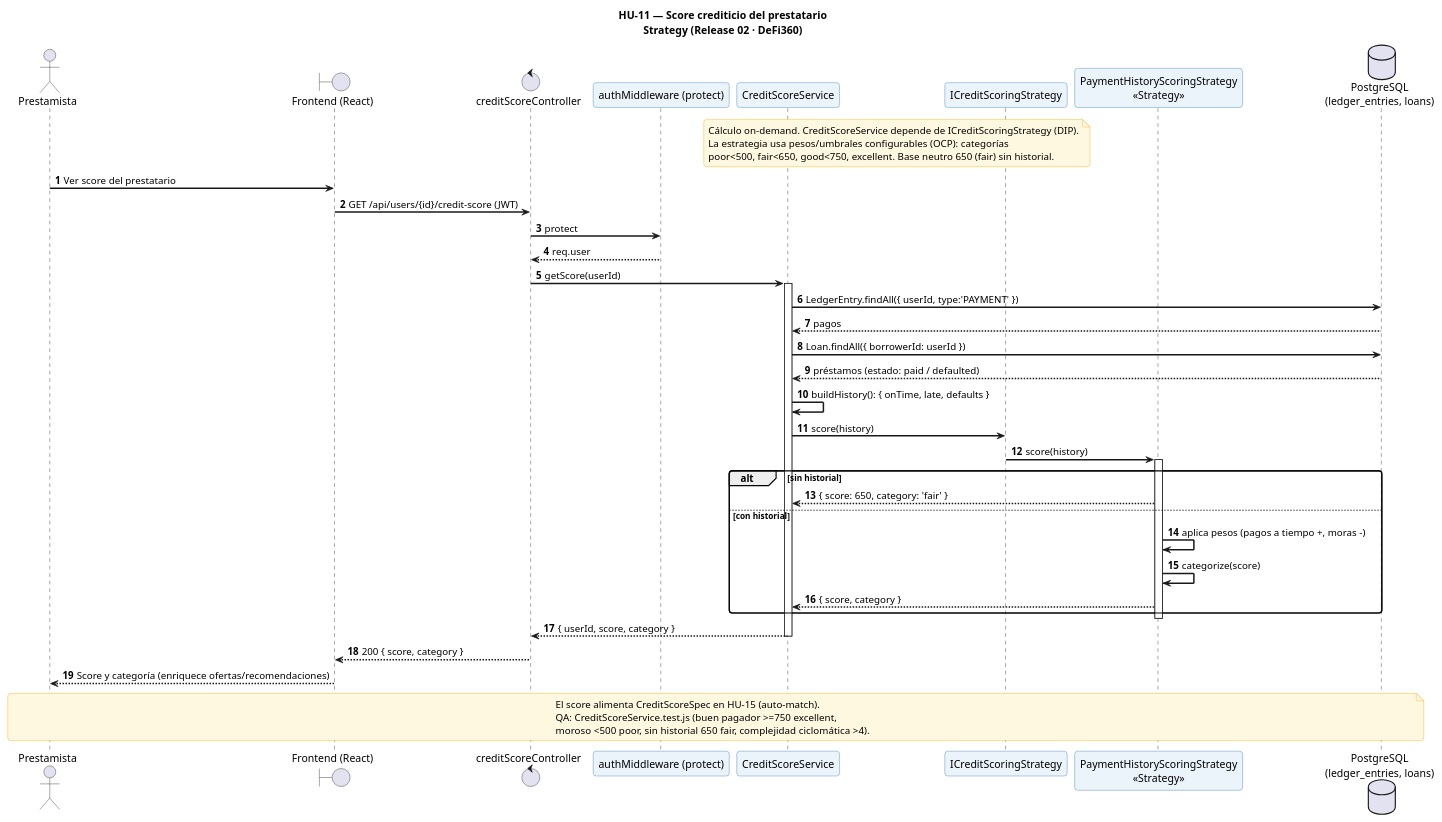
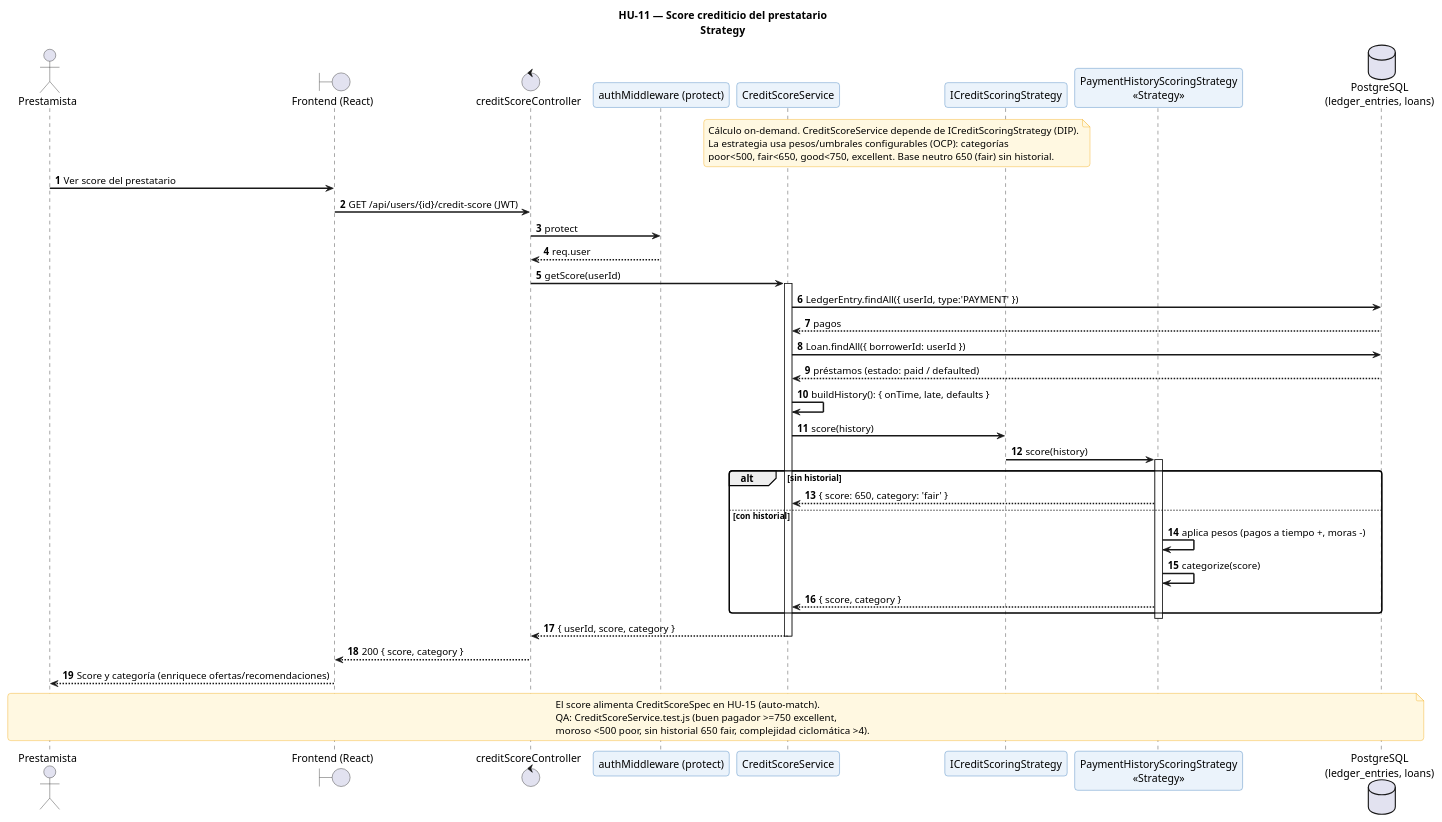
The diagram in Release 02/Diagramas/HU-11_ScoreCrediticio_secuencia.puml (Brando-01/Software2), drawn with PlantUML before and after one commit. The commit also changed 13 other files, not shown here.

Commit message:
Resolucion de la HU09, respecto a la actualizacion de diagramas de secuencia y de clases, e implementacion de los states y commands

```diff
--- a/Release 02/Diagramas/HU-11_ScoreCrediticio_secuencia.puml
+++ b/Release 02/Diagramas/HU-11_ScoreCrediticio_secuencia.puml
@@ -1,64 +1,64 @@
 @startuml HU11_ScoreCrediticio_secuencia
-title HU-11 — Score crediticio del prestatario\nStrategy (Release 02 · DeFi360)
+title HU-11 — Score crediticio del prestatario\nStrategy
 
 skinparam sequenceArrowThickness 2
 skinparam roundcorner 8
 skinparam sequenceParticipantBorderColor #2E75B6
 skinparam sequenceParticipantBackgroundColor #EBF3FB
 skinparam noteBorderColor #F0A500
 skinparam noteBackgroundColor #FFF8E1
 
 actor       "Prestamista"                      as Lender
 boundary    "Frontend (React)"                 as UI
 control     "creditScoreController"            as CC
 participant "authMiddleware (protect)"         as MW
 participant "CreditScoreService"               as CSS
 participant "ICreditScoringStrategy"           as ICS
 participant "PaymentHistoryScoringStrategy\n<<Strategy>>" as PHS
 database    "PostgreSQL\n(ledger_entries, loans)" as DB
 
 autonumber
 
 note over CSS, ICS
   Cálculo on-demand. CreditScoreService depende de ICreditScoringStrategy (DIP).
   La estrategia usa pesos/umbrales configurables (OCP): categorías
   poor<500, fair<650, good<750, excellent. Base neutro 650 (fair) sin historial.
 end note
 
 Lender -> UI : Ver score del prestatario
 UI -> CC : GET /api/users/{id}/credit-score (JWT)
 CC -> MW : protect
 MW --> CC : req.user
 
 CC -> CSS : getScore(userId)
 activate CSS
 CSS -> DB : LedgerEntry.findAll({ userId, type:'PAYMENT' })
 DB --> CSS : pagos
 CSS -> DB : Loan.findAll({ borrowerId: userId })
 DB --> CSS : préstamos (estado: paid / defaulted)
 CSS -> CSS : buildHistory(): { onTime, late, defaults }
 
 CSS -> ICS : score(history)
 ICS -> PHS : score(history)
 activate PHS
 alt sin historial
     PHS --> CSS : { score: 650, category: 'fair' }
 else con historial
     PHS -> PHS : aplica pesos (pagos a tiempo +, moras -)
     PHS -> PHS : categorize(score)
     PHS --> CSS : { score, category }
 end
 deactivate PHS
 
 CSS --> CC : { userId, score, category }
 deactivate CSS
 CC --> UI : 200 { score, category }
 UI --> Lender : Score y categoría (enriquece ofertas/recomendaciones)
 
 note over Lender, DB
   El score alimenta CreditScoreSpec en HU-15 (auto-match).
   QA: CreditScoreService.test.js (buen pagador >=750 excellent,
   moroso <500 poor, sin historial 650 fair, complejidad ciclomática >4).
 end note
 
 @enduml
```
